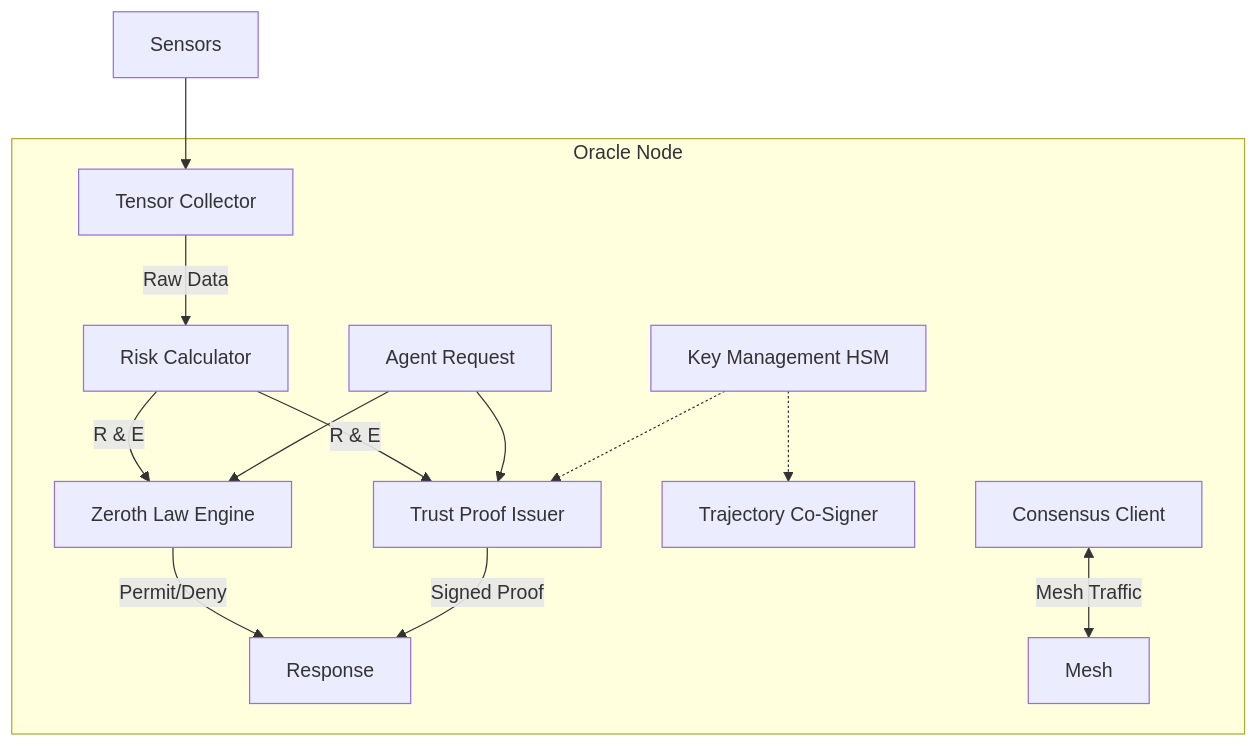
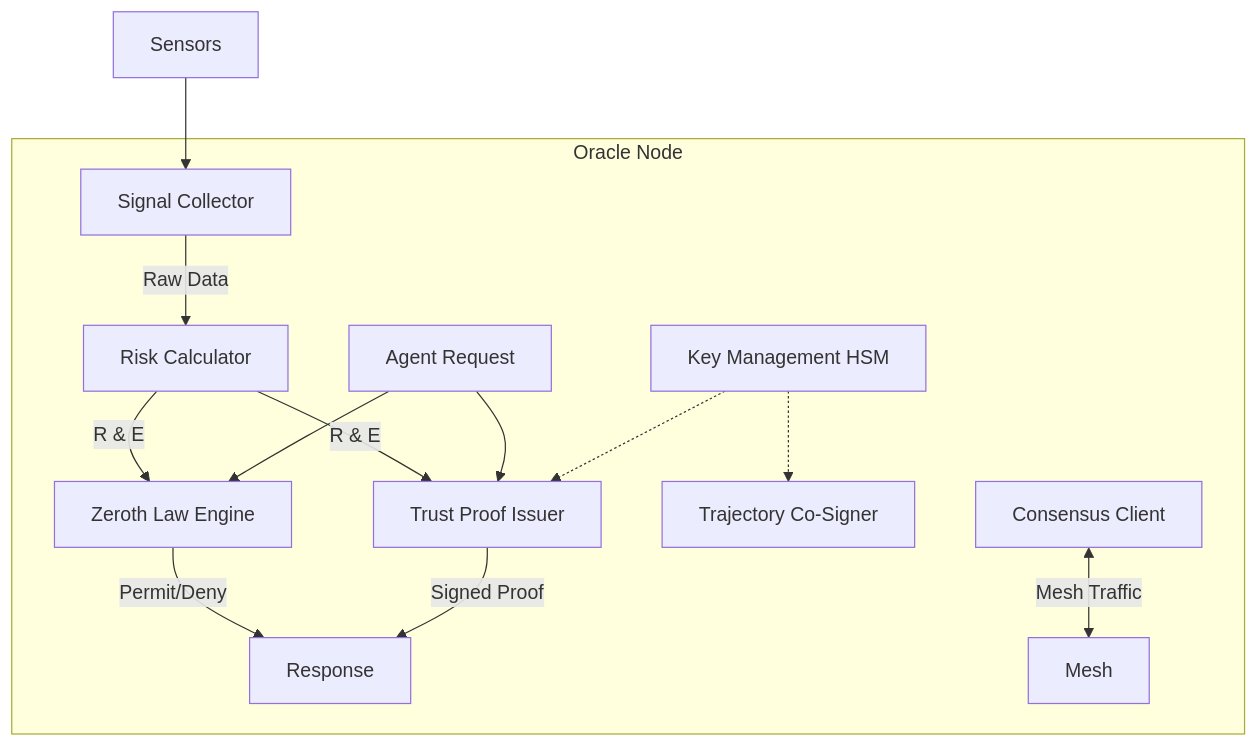
Before and after one commit to nmcitra/ktp-rfc: the first of 3 diagrams in rfcs/ktp-oracle.md, drawn with Mermaid. The commit also changed other lines of this file and 4 other files, not shown here.

````diff
--- a/rfcs/ktp-oracle.md
+++ b/rfcs/ktp-oracle.md
@@ -26,21 +26,21 @@
 ```mermaid
 graph TD
     subgraph Oracle Node
-        TC[Tensor Collector] -->|Raw Data| RC[Risk Calculator]
+        TC[Signal Collector] -->|Raw Data| RC[Risk Calculator]
         RC -->|R & E| ZLE[Zeroth Law Engine]
         RC -->|R & E| TPI[Trust Proof Issuer]
         
         Req[Agent Request] --> ZLE
         Req --> TPI
         
         ZLE -->|Permit/Deny| Out[Response]
         TPI -->|Signed Proof| Out
         
         KM[Key Management HSM] -.-> TPI
         KM -.-> TCS[Trajectory Co-Signer]
         
         CC[Consensus Client] <-->|Mesh Traffic| Mesh
     end
     
     Sensors --> TC
 ```
````
